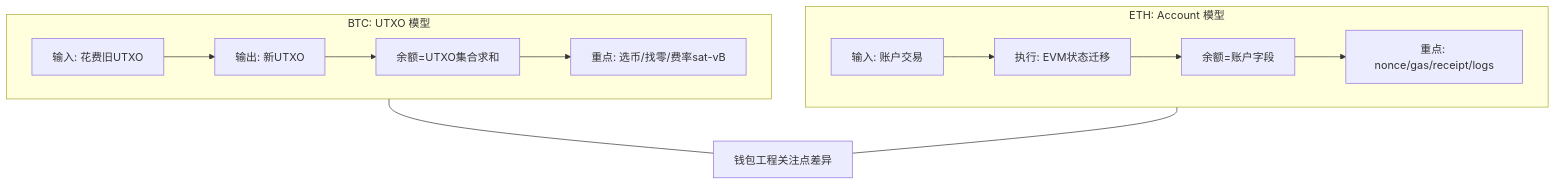
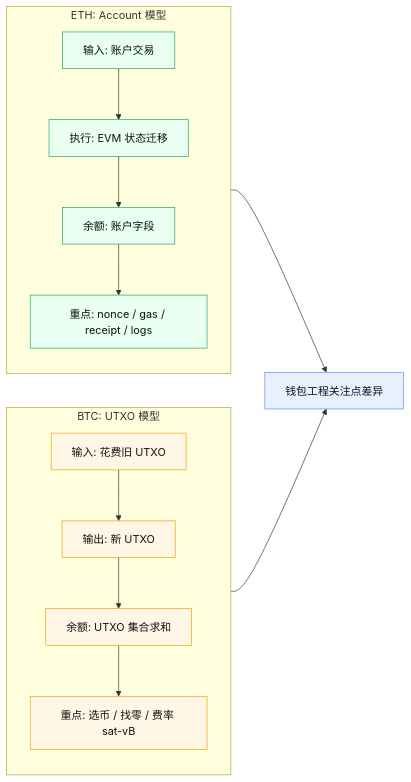
Before and after one commit to web3-wallet-org/web3-wallet-notes: the diagram in docs/eth/01-以太坊基础/04-ETH 与 BTC 模型差异与钱包实现.md, drawn with Mermaid.

````diff
--- a/docs/eth/01-以太坊基础/04-ETH 与 BTC 模型差异与钱包实现.md
+++ b/docs/eth/01-以太坊基础/04-ETH 与 BTC 模型差异与钱包实现.md
@@ -29,21 +29,32 @@
 ```mermaid
-flowchart TD
+flowchart LR
+
     subgraph BTC[BTC: UTXO 模型]
-        B1[输入: 花费旧UTXO]
-        B2[输出: 新UTXO]
-        B3[余额=UTXO集合求和]
-        B4[重点: 选币/找零/费率sat-vB]
-        B1 --> B2 --> B3 --> B4
+        direction TB
+        B0[输入: 花费旧 UTXO]
+        B1[输出: 新 UTXO]
+        B2[余额: UTXO 集合求和]
+        B3[重点: 选币 / 找零 / 费率 sat-vB]
+        B0 --> B1 --> B2 --> B3
     end
 
     subgraph ETH[ETH: Account 模型]
-        E1[输入: 账户交易]
-        E2[执行: EVM状态迁移]
-        E3[余额=账户字段]
-        E4[重点: nonce/gas/receipt/logs]
-        E1 --> E2 --> E3 --> E4
+        direction TB
+        E0[输入: 账户交易]
+        E1[执行: EVM 状态迁移]
+        E2[余额: 账户字段]
+        E3[重点: nonce / gas / receipt / logs]
+        E0 --> E1 --> E2 --> E3
     end
 
-    BTC --- W1[钱包工程关注点差异]
-    ETH --- W1
+    B3 --> C[钱包工程关注点差异]
+    E3 --> C
+
+    classDef title fill:#e8f0ff,stroke:#5b8def,color:#111;
+    classDef btc fill:#fff7e6,stroke:#f0a202,color:#111;
+    classDef eth fill:#e8fff1,stroke:#20a464,color:#111;
+
+    class C title;
+    class B0,B1,B2,B3 btc;
+    class E0,E1,E2,E3 eth;
 ```
````
